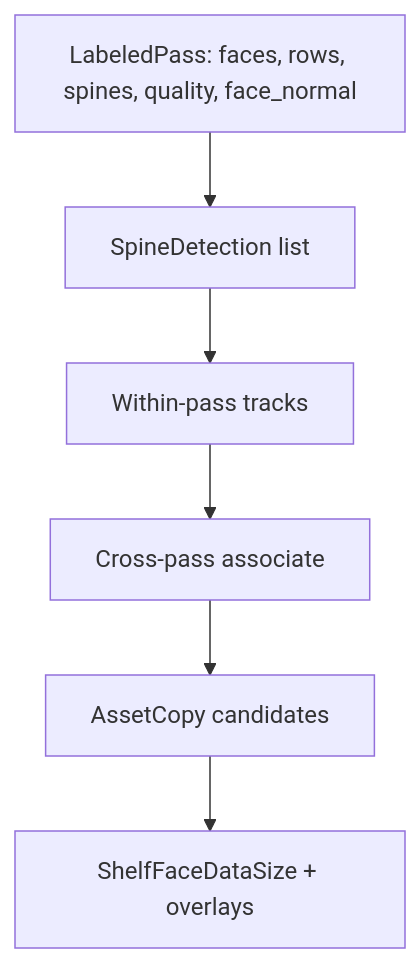
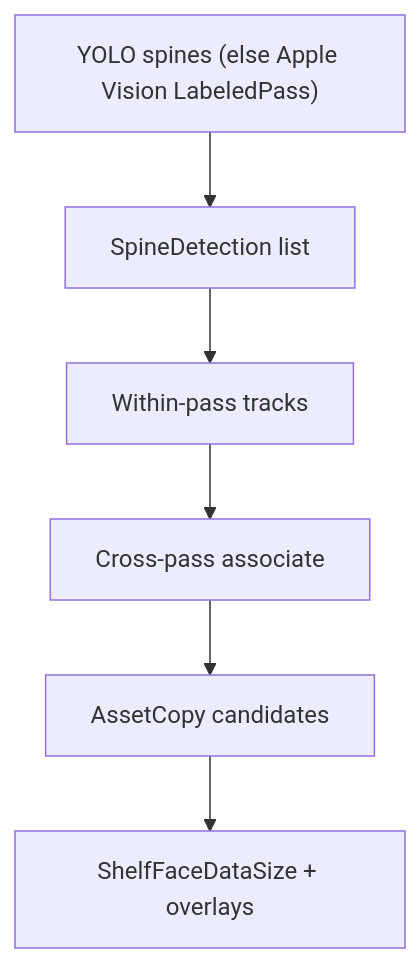
Before and after one commit to harshsinha-12/library-estimate: the seventh of 16 diagrams in README.md, drawn with Mermaid. The commit also changed other lines of this file and 9 other files, not shown here.

````diff
--- a/README.md
+++ b/README.md
@@ -375,8 +375,8 @@
 ```mermaid
 flowchart TB
-  LAB["LabeledPass: faces, rows, spines, quality, face_normal"] --> DET["SpineDetection list"]
+  LAB["YOLO spines (else Apple Vision LabeledPass)"] --> DET["SpineDetection list"]
   DET --> TR["Within-pass tracks"]
   TR --> AS["Cross-pass associate"]
   AS --> COPY["AssetCopy candidates"]
   COPY --> FACE["ShelfFaceDataSize + overlays"]
 ```
````
